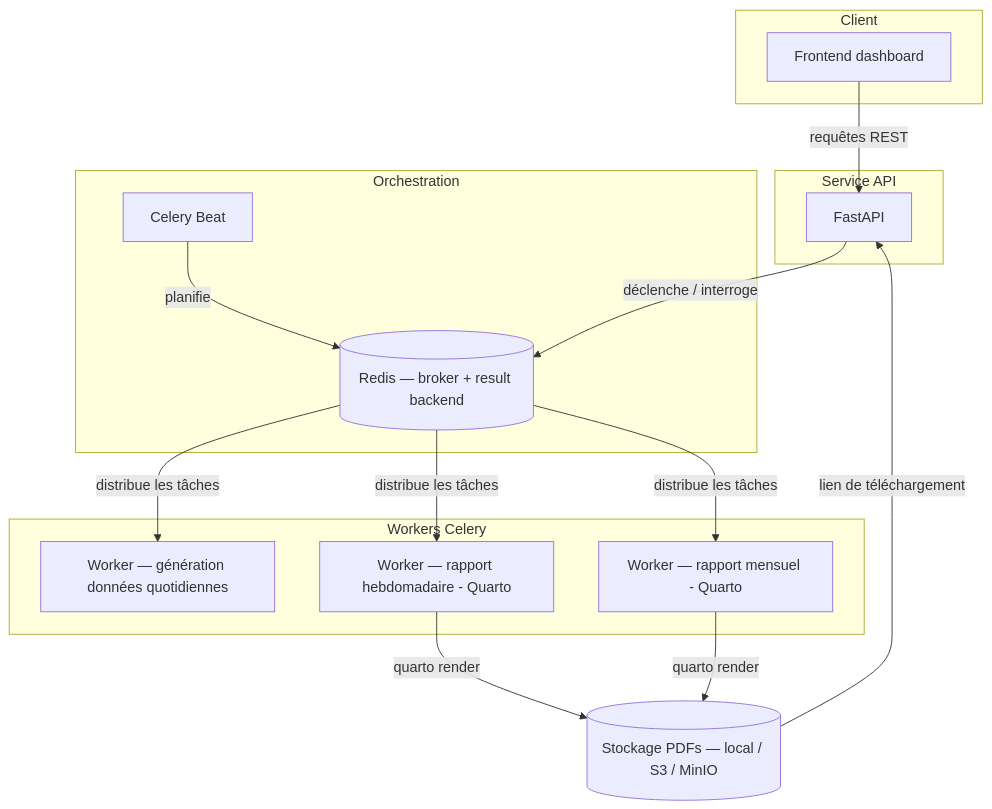
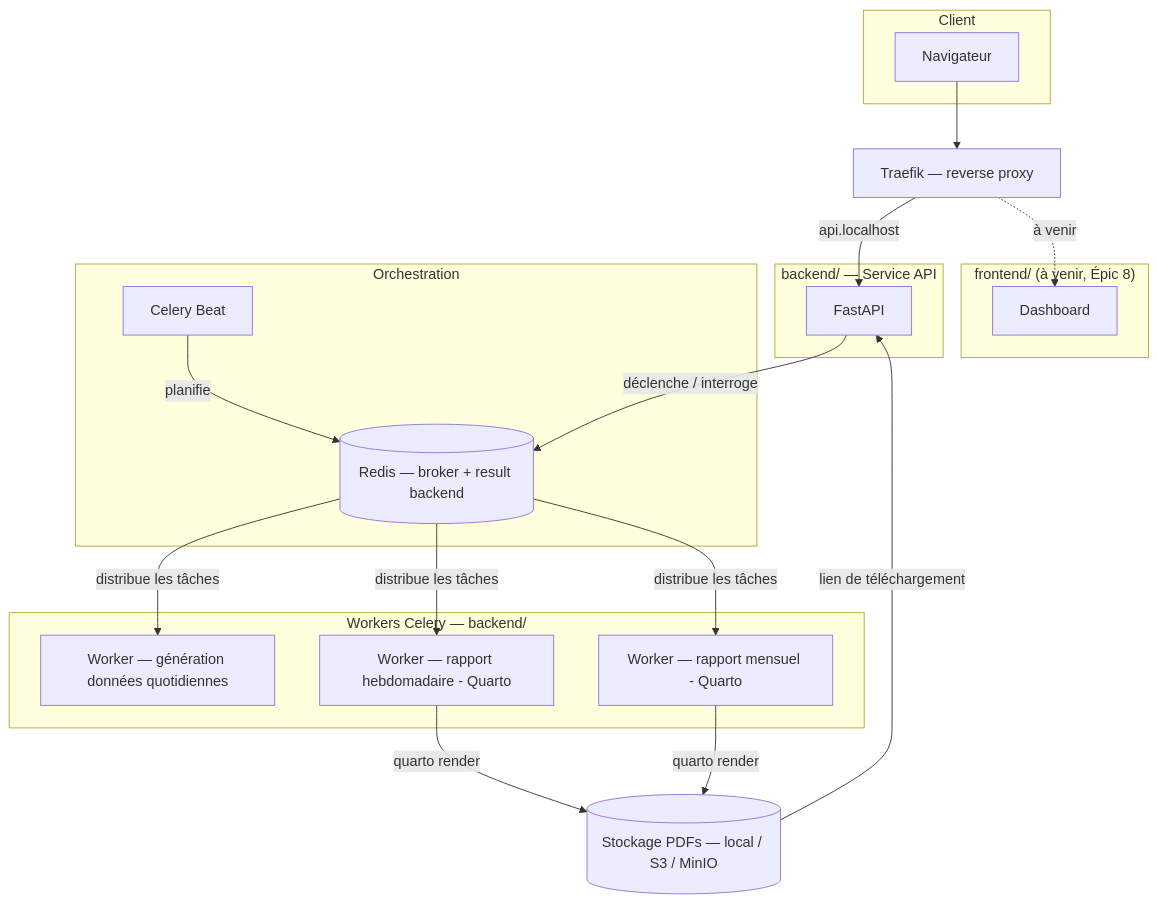
Before and after one commit to tanega/airpl-demo-async-analytics-pdf-generation: the diagram in ROADMAP.md, drawn with Mermaid. The commit also changed other lines of this file and 27 other files, not shown here.

First line of the commit message:
refactor(infra): split backend/frontend, introduce Traefik (#3)

````diff
--- a/ROADMAP.md
+++ b/ROADMAP.md
@@ -90,33 +98,41 @@
 ```mermaid
 flowchart TB
     subgraph Client
-        FE[Frontend dashboard]
+        BROWSER[Navigateur]
     end
 
-    subgraph API["Service API"]
+    TRAEFIK[Traefik — reverse proxy]
+
+    subgraph Frontend["frontend/ (à venir, Épic 8)"]
+        FE[Dashboard]
+    end
+
+    subgraph API["backend/ — Service API"]
         API1[FastAPI]
     end
 
     subgraph Scheduling["Orchestration"]
         BEAT[Celery Beat]
         REDIS[(Redis — broker + result backend)]
     end
 
-    subgraph Workers["Workers Celery"]
+    subgraph Workers["Workers Celery — backend/"]
         W1[Worker — génération données quotidiennes]
         W2[Worker — rapport hebdomadaire - Quarto]
         W3[Worker — rapport mensuel - Quarto]
     end
 
     STORAGE[(Stockage PDFs — local / S3 / MinIO)]
 
-    FE -->|requêtes REST| API1
+    BROWSER --> TRAEFIK
+    TRAEFIK -->|api.localhost| API1
+    TRAEFIK -.->|à venir| FE
     API1 -->|déclenche / interroge| REDIS
     BEAT -->|planifie| REDIS
     REDIS -->|distribue les tâches| W1
     REDIS -->|distribue les tâches| W2
     REDIS -->|distribue les tâches| W3
     W2 -->|quarto render| STORAGE
     W3 -->|quarto render| STORAGE
     STORAGE -->|lien de téléchargement| API1
 ```
````
